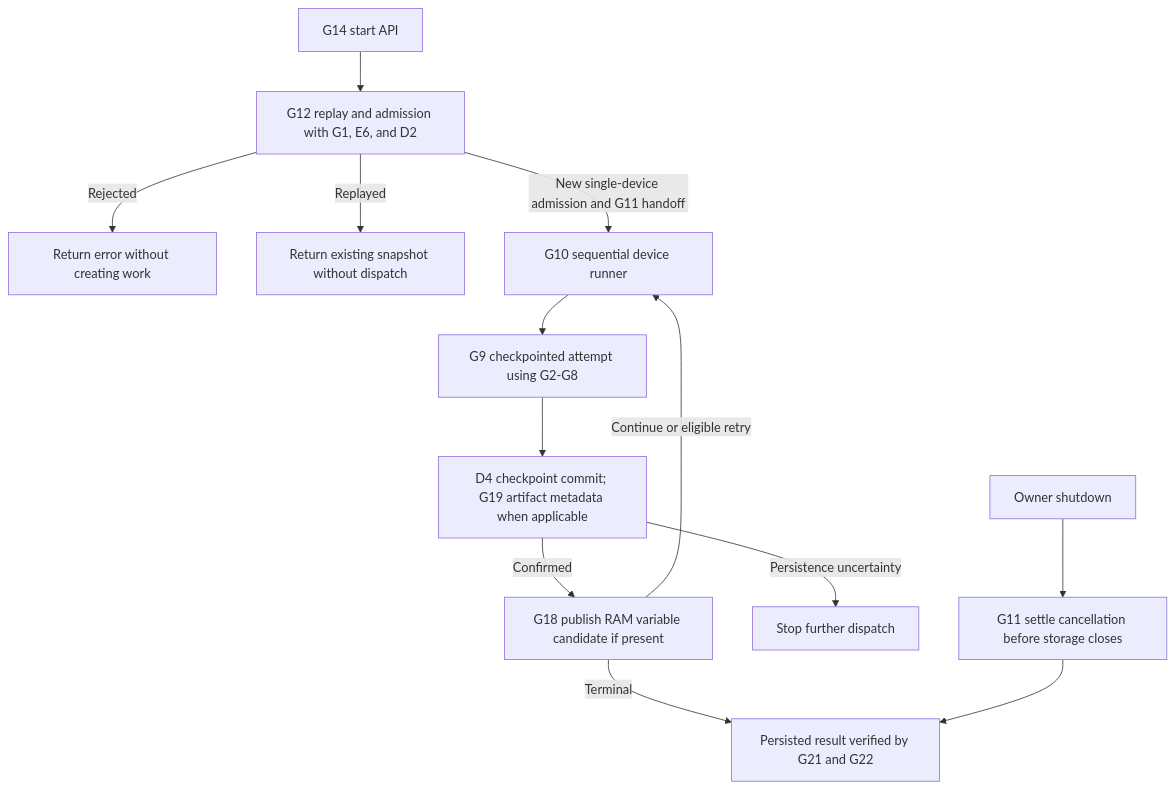
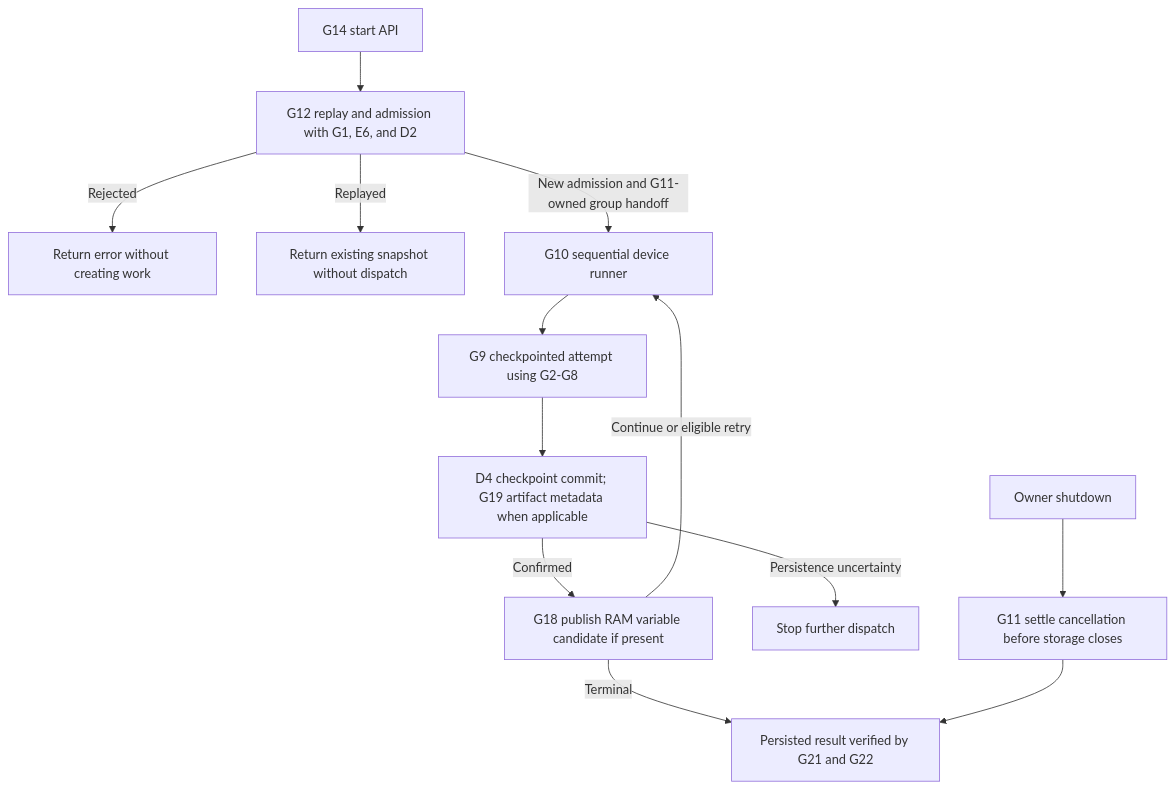
Before and after one commit to A2MaTex/a2matex-docs: the diagram in components/a2matex-runtime/phases/phase_g.md, drawn with Mermaid. The commit also changed other lines of this file and 36 other files, not shown here.

````diff
--- a/components/a2matex-runtime/phases/phase_g.md
+++ b/components/a2matex-runtime/phases/phase_g.md
@@ -11,15 +11,15 @@
 ```mermaid
 flowchart TD
     A[G14 start API] --> B[G12 replay and admission with G1, E6, and D2]
     B -->|Rejected| X[Return error without creating work]
     B -->|Replayed| Y[Return existing snapshot without dispatch]
-    B -->|New single-device admission and G11 handoff| R[G10 sequential device runner]
+    B -->|New admission and G11-owned group handoff| R[G10 sequential device runner]
     R --> N[G9 checkpointed attempt using G2-G8]
     N --> C[D4 checkpoint commit; G19 artifact metadata when applicable]
     C -->|Confirmed| P[G18 publish RAM variable candidate if present]
     P -->|Continue or eligible retry| R
     P -->|Terminal| T[Persisted result verified by G21 and G22]
     C -->|Persistence uncertainty| S[Stop further dispatch]
     O[Owner shutdown] --> K[G11 settle cancellation before storage closes]
     K --> T
 ```
````
